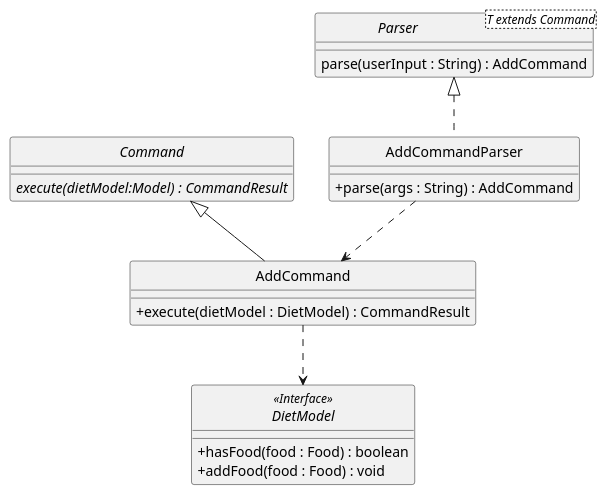
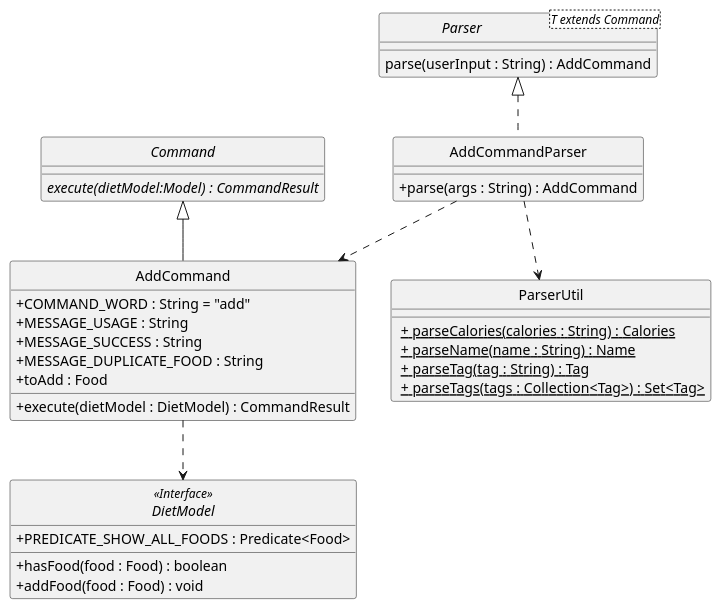
The diagram in docs/diagrams/DietTrackerAddCommandClassDiagram.puml (nus-cs2103-AY1920S2/addressbook-level3), drawn with PlantUML before and after one commit. The commit also changed 3 other files, not shown here.

Commit message:
Update class diagrams

```diff
--- a/docs/diagrams/DietTrackerAddCommandClassDiagram.puml
+++ b/docs/diagrams/DietTrackerAddCommandClassDiagram.puml
@@ -1,43 +1,58 @@
 @startuml
 /' @author @akhilvuputuri'/
 /' Got inspiration and adapted
 from https://github.com/AY1920S2-CS2103T-W12-1/main/blob/master/docs/images/DeliveredClassDiagram.png '/
 
 skinparam backgroundColor #ffffff
 skinparam classAttributeIconSize 0
 hide circle
 
 
 class AddCommandParser implements Parser {
     /' Methods '/
     + parse(args : String) : AddCommand
 }
 
 interface Parser<T extends Command> {
     parse(userInput : String) : AddCommand
 }
 
 abstract class Command {
     {abstract} execute(dietModel:Model) : CommandResult
 }
 
 class AddCommand extends Command {
     /' Fields '/
+    + COMMAND_WORD : String = "add"
+    + MESSAGE_USAGE : String
+    + MESSAGE_SUCCESS : String
+    + MESSAGE_DUPLICATE_FOOD : String
+    + toAdd : Food
 
     /' Methods '/
     + execute(dietModel : DietModel) : CommandResult
 
 }
 
 interface DietModel <<Interface>> {
+    + PREDICATE_SHOW_ALL_FOODS : Predicate<Food>
+
     + hasFood(food : Food) : boolean
     + addFood(food : Food) : void
+}
+
+class ParserUtil {
+    <u> + parseCalories(calories : String) : Calories
+    <u> + parseName(name : String) : Name
+    <u> + parseTag(tag : String) : Tag
+    <u> + parseTags(tags : Collection<Tag>) : Set<Tag>
 }
 
 
 
 AddCommandParser ..> AddCommand
+AddCommandParser ..> ParserUtil
 AddCommand ..> DietModel
 
 
 @enduml
```
